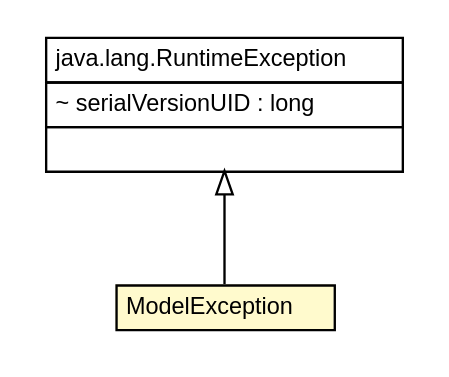
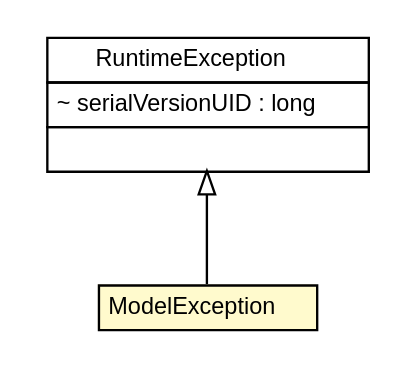
One commit to sinopeus/asteroids changed the diagram in doc/main/ModelException.dot. Above: the diagram before and after it, drawn with Graphviz. The commit also changed 412 other files, not shown here.

Commit message:
Some more UML shit.

```diff
--- a/doc/main/ModelException.dot
+++ b/doc/main/ModelException.dot
@@ -1,32 +1,32 @@
 #!/usr/local/bin/dot
 #
 # Class diagram 
 # Generated by UMLGraph version R5_6 (http://www.umlgraph.org/)
 #
 
 digraph G {
 	edge [fontname="Helvetica",fontsize=10,labelfontname="Helvetica",labelfontsize=10];
 	node [fontname="Helvetica",fontsize=10,shape=plaintext];
 	nodesep=0.25;
 	ranksep=0.5;
 	// main.ModelException
 	c12423 [label=<<table title="main.ModelException" border="0" cellborder="1" cellspacing="0" cellpadding="2" port="p" bgcolor="lemonChiffon" href="./ModelException.html">
 		<tr><td><table border="0" cellspacing="0" cellpadding="1">
 <tr><td align="center" balign="center"> ModelException </td></tr>
 		</table></td></tr>
 		</table>>, URL="./ModelException.html", fontname="Helvetica", fontcolor="black", fontsize=10.0];
 	//main.ModelException extends java.lang.RuntimeException
 	c12538:p -> c12423:p [dir=back,arrowtail=empty];
 	// java.lang.RuntimeException
 	c12538 [label=<<table title="java.lang.RuntimeException" border="0" cellborder="1" cellspacing="0" cellpadding="2" port="p" href="http://java.sun.com/j2se/1.4.2/docs/api/java/lang/RuntimeException.html">
 		<tr><td><table border="0" cellspacing="0" cellpadding="1">
-<tr><td align="center" balign="center"> java.lang.RuntimeException </td></tr>
+<tr><td align="center" balign="center"> RuntimeException </td></tr>
 		</table></td></tr>
 		<tr><td><table border="0" cellspacing="0" cellpadding="1">
 <tr><td align="left" balign="left"> ~ serialVersionUID : long </td></tr>
 		</table></td></tr>
 		<tr><td><table border="0" cellspacing="0" cellpadding="1">
 <tr><td align="left" balign="left">  </td></tr>
 		</table></td></tr>
 		</table>>, URL="http://java.sun.com/j2se/1.4.2/docs/api/java/lang/RuntimeException.html", fontname="Helvetica", fontcolor="black", fontsize=10.0];
 }
```
